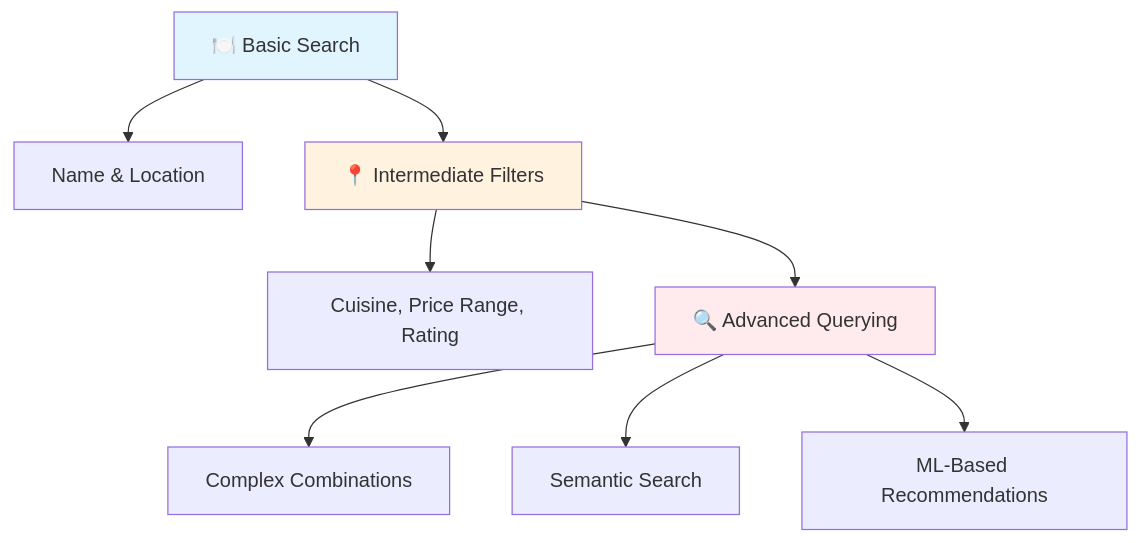
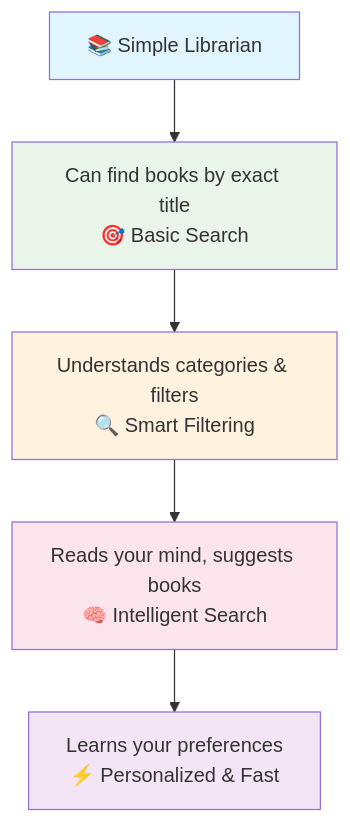
One commit to ridwanspace/restful-fastapi-guideline changed the first of 4 diagrams in app/docs/03_intermediate/01-filtering-searching/page.mdx. Above: the diagram before and after it, drawn with Mermaid. The commit also changed other lines of this file and 1 other file, not shown here.

First line of the commit message:
✨ feat(docs): enhance filtering and searching documentation

````diff
--- a/app/docs/03_intermediate/01-filtering-searching/page.mdx
+++ b/app/docs/03_intermediate/01-filtering-searching/page.mdx
@@ -27,14 +27,13 @@
 ```mermaid
 graph TD
-    A[🍽️ Basic Search] --> B[Name & Location]
-    A --> C[📍 Intermediate Filters]
-    C --> D[Cuisine, Price Range, Rating]
-    C --> E[🔍 Advanced Querying]
-    E --> F[Complex Combinations]
-    E --> G[Semantic Search]
-    E --> H[ML-Based Recommendations]
+    A[📚 Simple Librarian] --> B["Can find books by exact title<br/>🎯 Basic Search"]
+    B --> C["Understands categories & filters<br/>🔍 Smart Filtering"]
+    C --> D["Reads your mind, suggests books<br/>🧠 Intelligent Search"]
+    D --> E["Learns your preferences<br/>⚡ Personalized & Fast"]
     
     style A fill:#e1f5fe
+    style B fill:#e8f5e8
     style C fill:#fff3e0
-    style E fill:#ffebee
+    style D fill:#fce4ec
+    style E fill:#f3e5f5
 ```
````
